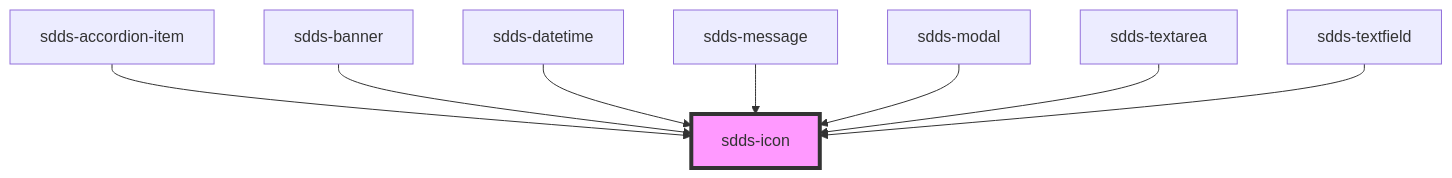
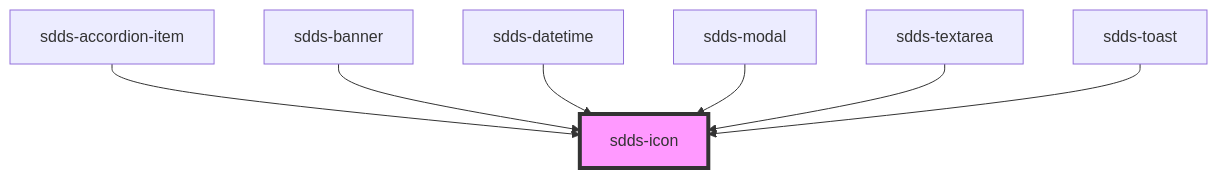
One commit to scania-digital-design-system/sdds changed the diagram in tegel/src/components/icon/readme.md. Above: the diagram before and after it, drawn with Mermaid. The commit also changed other lines of this file, not shown here.

Commit message:
feat(sdds-icon): updated depandancy
n

````diff
--- a/tegel/src/components/icon/readme.md
+++ b/tegel/src/components/icon/readme.md
@@ -29,11 +28,10 @@
 ```mermaid
 graph TD;
   sdds-accordion-item --> sdds-icon
   sdds-banner --> sdds-icon
   sdds-datetime --> sdds-icon
-  sdds-message --> sdds-icon
   sdds-modal --> sdds-icon
   sdds-textarea --> sdds-icon
-  sdds-textfield --> sdds-icon
+  sdds-toast --> sdds-icon
   style sdds-icon fill:#f9f,stroke:#333,stroke-width:4px
 ```
````
